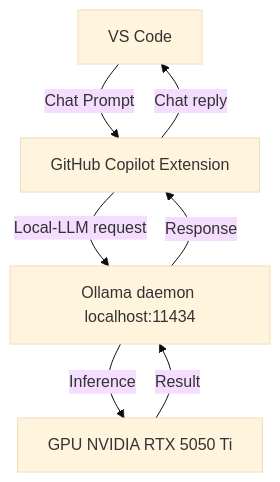
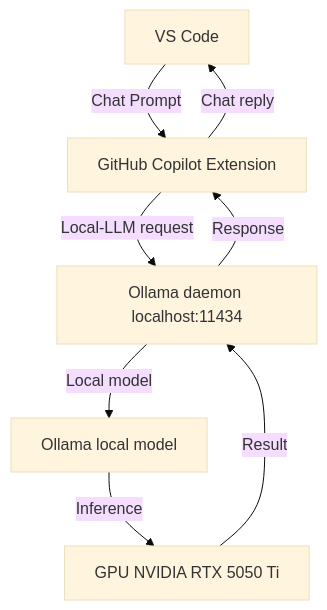
Before and after one commit to mgharish18/project-codey: the diagram in README.md, drawn with Mermaid (base theme). The commit also changed other lines of this file, not shown here.

Commit message:
included model layer in diagram

````diff
--- a/README.md
+++ b/README.md
@@ -144,9 +143,10 @@
 ```mermaid
 flowchart TD
     A[VS Code] -->|Chat Prompt| B[GitHub Copilot Extension]
-    B -->|Local-LLM request| C[Ollama daemon localhost:11434]
-    C -->|Inference| D[GPU NVIDIA RTX 5050 Ti]
+    B -->|Local‑LLM request| C[Ollama daemon localhost:11434]
+    C -->|Local model| E[Ollama local model]
+    E -->|Inference| D[GPU NVIDIA RTX 5050 Ti]
     D -->|Result| C
     C -->|Response| B
     B -->|Chat reply| A
 ```
````
